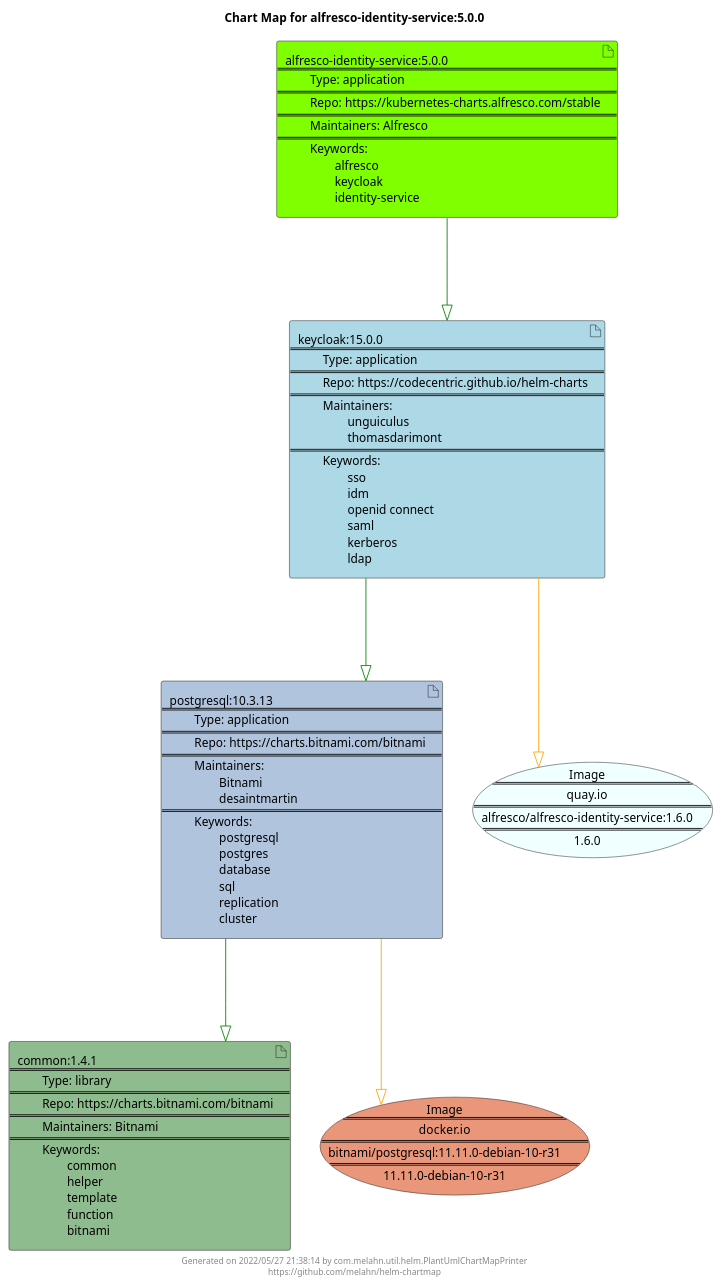
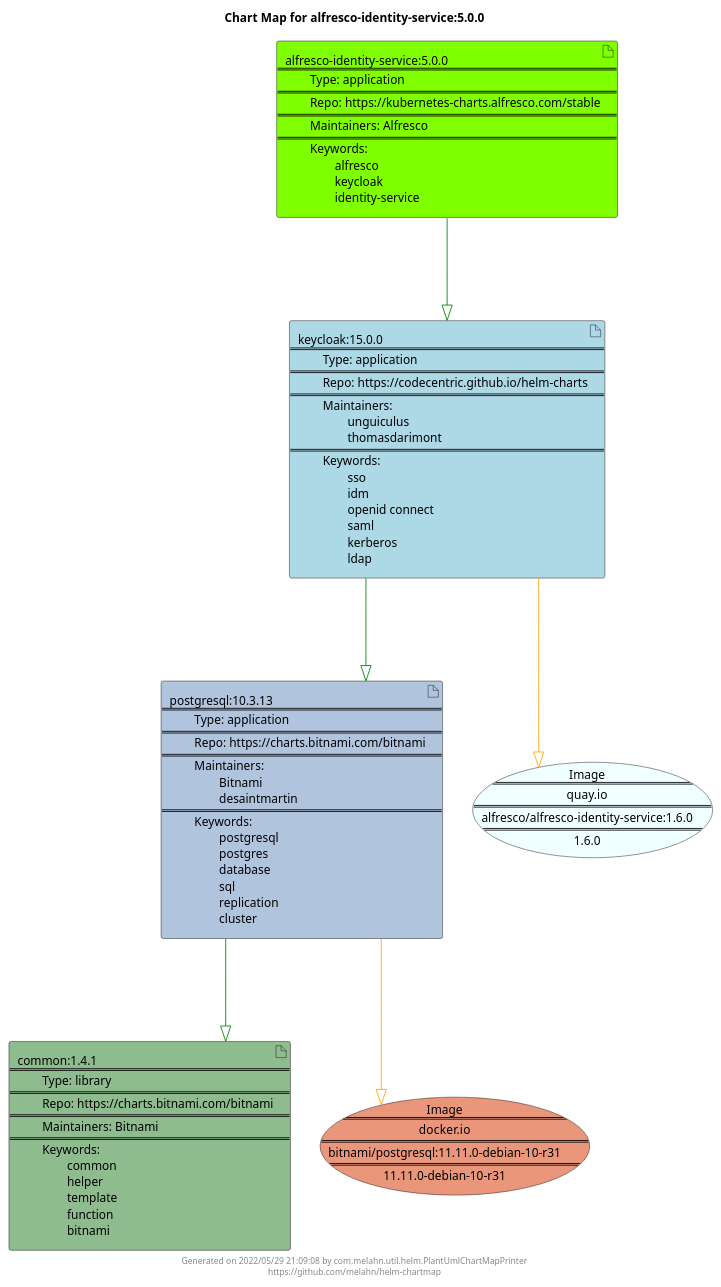
One commit to melahn/helm-chartmap changed the diagram in docs/alfresco-identity-service/alfresco-identity-service-5.0.0.puml. Above: the diagram before and after it, drawn with PlantUML. The commit also changed 63 other files, not shown here.

Commit message:
Update Example Chart Maps as part of GitHub build

```diff
--- a/docs/alfresco-identity-service/alfresco-identity-service-5.0.0.puml
+++ b/docs/alfresco-identity-service/alfresco-identity-service-5.0.0.puml
@@ -1,29 +1,29 @@
 @startuml
 skinparam linetype ortho
 skinparam backgroundColor white
 skinparam usecaseBorderColor black
 skinparam usecaseArrowColor LightSlateGray
 skinparam artifactBorderColor black
 skinparam artifactArrowColor LightSlateGray
 
 title Chart Map for alfresco-identity-service:5.0.0
 
 'There are 4 referenced Helm Charts
 artifact "common:1.4.1\n====\n\tType: library\n====\n\tRepo: https://charts.bitnami.com/bitnami\n====\n\tMaintainers: Bitnami\n====\n\tKeywords: \n\t\tcommon\n\t\thelper\n\t\ttemplate\n\t\tfunction\n\t\tbitnami" as common_1_4_1 #DarkSeaGreen
 artifact "alfresco-identity-service:5.0.0\n====\n\tType: application\n====\n\tRepo: https://kubernetes-charts.alfresco.com/stable\n====\n\tMaintainers: Alfresco\n====\n\tKeywords: \n\t\talfresco\n\t\tkeycloak\n\t\tidentity-service" as alfresco_identity_service_5_0_0 #Chartreuse
 artifact "postgresql:10.3.13\n====\n\tType: application\n====\n\tRepo: https://charts.bitnami.com/bitnami\n====\n\tMaintainers: \n\t\tBitnami\n\t\tdesaintmartin\n====\n\tKeywords: \n\t\tpostgresql\n\t\tpostgres\n\t\tdatabase\n\t\tsql\n\t\treplication\n\t\tcluster" as postgresql_10_3_13 #LightSteelBlue
 artifact "keycloak:15.0.0\n====\n\tType: application\n====\n\tRepo: https://codecentric.github.io/helm-charts\n====\n\tMaintainers: \n\t\tunguiculus\n\t\tthomasdarimont\n====\n\tKeywords: \n\t\tsso\n\t\tidm\n\t\topenid connect\n\t\tsaml\n\t\tkerberos\n\t\tldap" as keycloak_15_0_0 #LightBlue
 
 'There are 2 referenced Docker Images
 usecase "Image\n====\nquay.io\n====\nalfresco/alfresco-identity-service:1.6.0\n====\n1.6.0" as quay_io_alfresco_alfresco_identity_service_1_6_0 #Azure
 usecase "Image\n====\ndocker.io\n====\nbitnami/postgresql:11.11.0-debian-10-r31\n====\n11.11.0-debian-10-r31" as docker_io_bitnami_postgresql_11_11_0_debian_10_r31 #DarkSalmon
 
 'Chart Dependencies
 alfresco_identity_service_5_0_0--[#green]-|>keycloak_15_0_0
 keycloak_15_0_0--[#green]-|>postgresql_10_3_13
 postgresql_10_3_13--[#green]-|>common_1_4_1
 postgresql_10_3_13--[#orange]-|>docker_io_bitnami_postgresql_11_11_0_debian_10_r31
 keycloak_15_0_0--[#orange]-|>quay_io_alfresco_alfresco_identity_service_1_6_0
 
-center footer Generated on 2022/05/27 21:38:14 by com.melahn.util.helm.PlantUmlChartMapPrinter\nhttps://github.com/melahn/helm-chartmap
+center footer Generated on 2022/05/29 21:09:08 by com.melahn.util.helm.PlantUmlChartMapPrinter\nhttps://github.com/melahn/helm-chartmap
 @enduml
```
